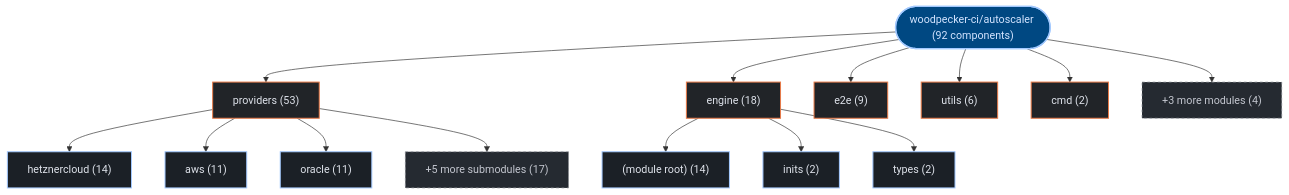
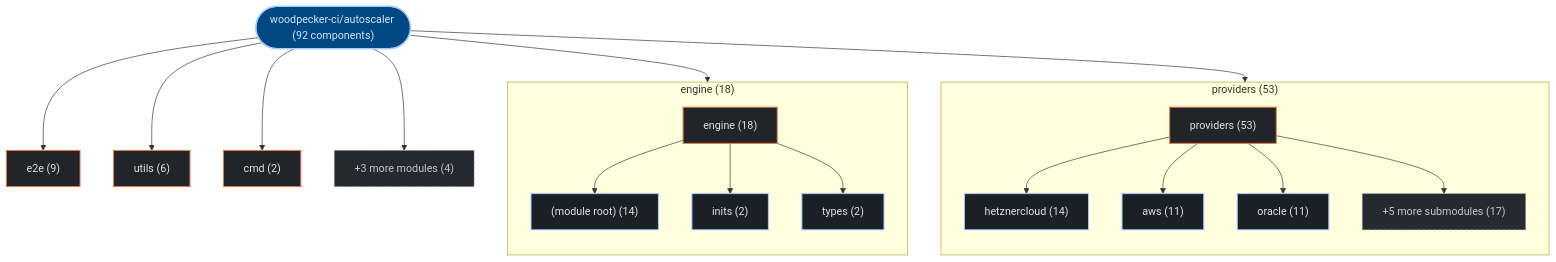
The first of 3 diagrams in exports/latest/reports/woodpecker-ci-autoscaler-report.md (kumarshaz/atruss-code-atlas), drawn with Mermaid before and after one commit. The commit also changed 178 other files, not shown here.

Commit message:
feat(ui,mermaid): upgrade to mermaid v12 + ELK layout, add orgs-summary + pagination, subgraph building blocks, fix tab alignment

````diff
--- a/exports/latest/reports/woodpecker-ci-autoscaler-report.md
+++ b/exports/latest/reports/woodpecker-ci-autoscaler-report.md
@@ -42,37 +42,43 @@
 ```mermaid
 graph TD;
   classDef atlasRoot fill:#004882,stroke:#a3c9ff,stroke-width:2px,color:#d3e4ff
   classDef atlasCategory fill:#212428,stroke:#E87A48,stroke-width:1.5px,color:#dfe3eb
   classDef atlasWorkflow fill:#1b2026,stroke:#a3c9ff,stroke-width:1.5px,color:#dfe3eb
   classDef atlasJob fill:#171c22,stroke:#8d9199,stroke-width:1px,color:#dfe3eb
   classDef atlasTarget fill:#005227,stroke:#8bd99b,stroke-width:1.5px,color:#a7f6b6
   classDef atlasAlert fill:#93000a,stroke:#ffb4ab,stroke-width:1.5px,color:#ffdad6
   classDef atlasMore fill:#252a31,stroke:#8d9199,stroke-dasharray:4 4,color:#c3c6cf
     repo_root(["woodpecker-ci/autoscaler (92 components)"]):::atlasRoot
-    dir_0_providers["providers (53)"]:::atlasCategory
+    subgraph sg_dir_0_providers["providers (53)"]
+      direction TB
+      dir_0_providers["providers (53)"]:::atlasCategory
+      sub_0_0_hetznercloud["hetznercloud (14)"]:::atlasWorkflow
+      dir_0_providers --> sub_0_0_hetznercloud
+      sub_0_1_aws["aws (11)"]:::atlasWorkflow
+      dir_0_providers --> sub_0_1_aws
+      sub_0_2_oracle["oracle (11)"]:::atlasWorkflow
+      dir_0_providers --> sub_0_2_oracle
+      sub_0_more["+5 more submodules (17)"]:::atlasMore
+      dir_0_providers --> sub_0_more
+    end
     repo_root --> dir_0_providers
-    sub_0_0_hetznercloud["hetznercloud (14)"]:::atlasWorkflow
-    dir_0_providers --> sub_0_0_hetznercloud
-    sub_0_1_aws["aws (11)"]:::atlasWorkflow
-    dir_0_providers --> sub_0_1_aws
-    sub_0_2_oracle["oracle (11)"]:::atlasWorkflow
-    dir_0_providers --> sub_0_2_oracle
-    sub_0_more["+5 more submodules (17)"]:::atlasMore
-    dir_0_providers --> sub_0_more
-    dir_1_engine["engine (18)"]:::atlasCategory
+    subgraph sg_dir_1_engine["engine (18)"]
+      direction TB
+      dir_1_engine["engine (18)"]:::atlasCategory
+      sub_1_0__module_root_["(module root) (14)"]:::atlasWorkflow
+      dir_1_engine --> sub_1_0__module_root_
+      sub_1_1_inits["inits (2)"]:::atlasWorkflow
+      dir_1_engine --> sub_1_1_inits
+      sub_1_2_types["types (2)"]:::atlasWorkflow
+      dir_1_engine --> sub_1_2_types
+    end
     repo_root --> dir_1_engine
-    sub_1_0__module_root_["(module root) (14)"]:::atlasWorkflow
-    dir_1_engine --> sub_1_0__module_root_
-    sub_1_1_inits["inits (2)"]:::atlasWorkflow
-    dir_1_engine --> sub_1_1_inits
-    sub_1_2_types["types (2)"]:::atlasWorkflow
-    dir_1_engine --> sub_1_2_types
     dir_2_e2e["e2e (9)"]:::atlasCategory
     repo_root --> dir_2_e2e
     dir_3_utils["utils (6)"]:::atlasCategory
     repo_root --> dir_3_utils
     dir_4_cmd["cmd (2)"]:::atlasCategory
     repo_root --> dir_4_cmd
     dir_other_modules["+3 more modules (4)"]:::atlasMore
     repo_root --> dir_other_modules
 ```
````
